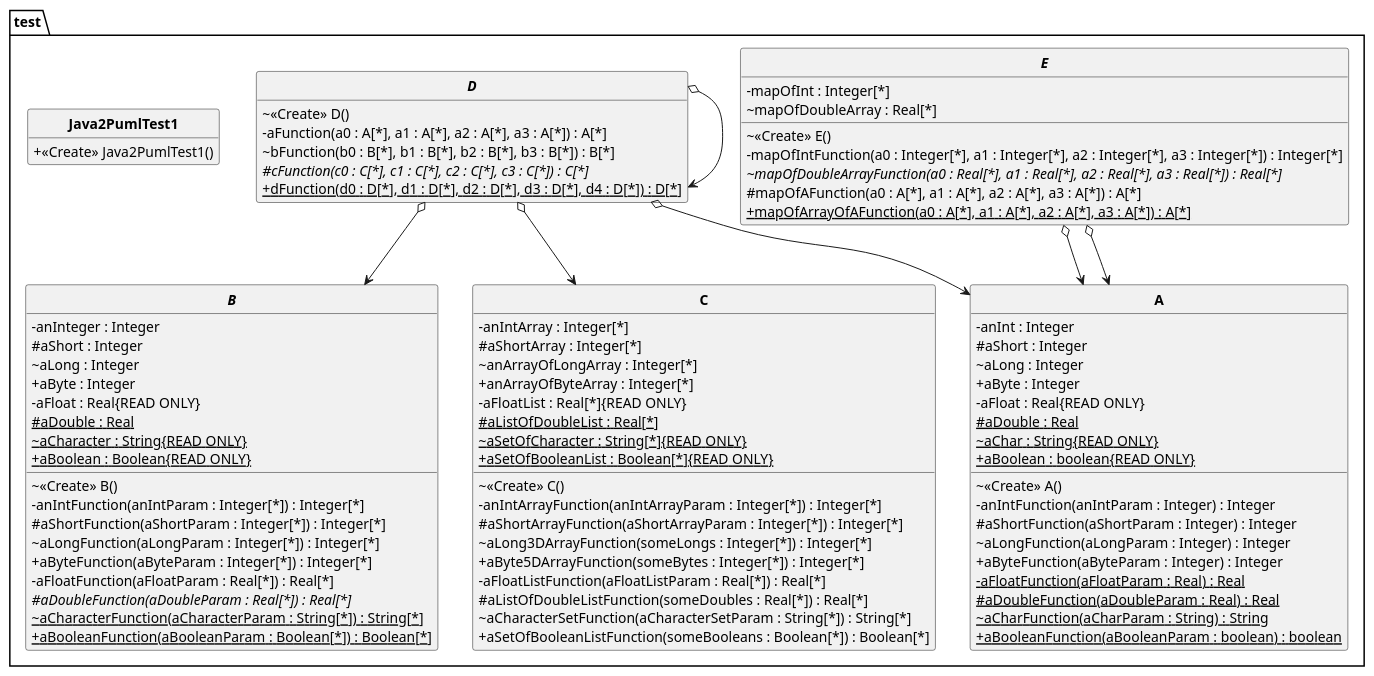
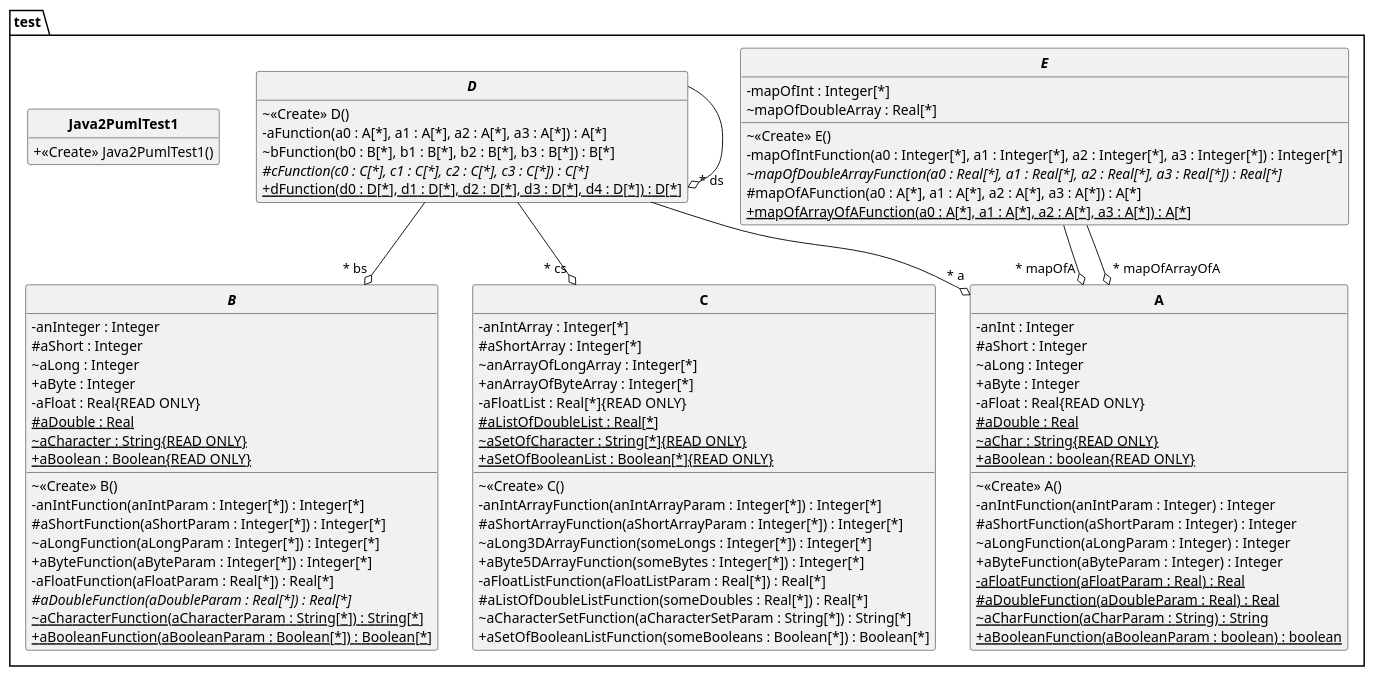
One commit to yassinkioua/Projet-PumlFromJava changed the diagram in uml/testDCA.puml. Above: the diagram before and after it, drawn with PlantUML. The commit also changed 3 other files, not shown here.

```diff
--- a/uml/testDCA.puml
+++ b/uml/testDCA.puml
@@ -1,97 +1,97 @@
 @startuml
 'https://plantuml.com/class-diagram 
  skinparam classAttributeIconSize 0 
 skinparam classFontStyle Bold
 skinparam style strictuml
 hide empty members
 package test{
 abstract class B{ 
 ~ <<Create>> B()
 - anInteger : Integer
 # aShort : Integer
 ~ aLong : Integer
 + aByte : Integer
 - aFloat : Real{READ ONLY}
 # {static} aDouble : Real
 ~ {static} aCharacter : String{READ ONLY}
 + {static} aBoolean : Boolean{READ ONLY}
 - anIntFunction(anIntParam : Integer[*]) : Integer[*]
 # aShortFunction(aShortParam : Integer[*]) : Integer[*]
 ~ aLongFunction(aLongParam : Integer[*]) : Integer[*]
 + aByteFunction(aByteParam : Integer[*]) : Integer[*]
 - aFloatFunction(aFloatParam : Real[*]) : Real[*]
 # {abstract} aDoubleFunction(aDoubleParam : Real[*]) : Real[*]
 ~ {static} aCharacterFunction(aCharacterParam : String[*]) : String[*]
 + {static} aBooleanFunction(aBooleanParam : Boolean[*]) : Boolean[*]
 
  } 
 class A{ 
 ~ <<Create>> A()
 - anInt : Integer
 # aShort : Integer
 ~ aLong : Integer
 + aByte : Integer
 - aFloat : Real{READ ONLY}
 # {static} aDouble : Real
 ~ {static} aChar : String{READ ONLY}
 + {static} aBoolean : boolean{READ ONLY}
 - anIntFunction(anIntParam : Integer) : Integer
 # aShortFunction(aShortParam : Integer) : Integer
 ~ aLongFunction(aLongParam : Integer) : Integer
 + aByteFunction(aByteParam : Integer) : Integer
 - {static} aFloatFunction(aFloatParam : Real) : Real
 # {static} aDoubleFunction(aDoubleParam : Real) : Real
 ~ {static} aCharFunction(aCharParam : String) : String
 + {static} aBooleanFunction(aBooleanParam : boolean) : boolean
 
  } 
 abstract class E{ 
 ~ <<Create>> E()
 - mapOfInt : Integer[*]
 ~ mapOfDoubleArray : Real[*]
 - mapOfIntFunction(a0 : Integer[*], a1 : Integer[*], a2 : Integer[*], a3 : Integer[*]) : Integer[*]
 ~ {abstract} mapOfDoubleArrayFunction(a0 : Real[*], a1 : Real[*], a2 : Real[*], a3 : Real[*]) : Real[*]
 # mapOfAFunction(a0 : A[*], a1 : A[*], a2 : A[*], a3 : A[*]) : A[*]
 + {static} mapOfArrayOfAFunction(a0 : A[*], a1 : A[*], a2 : A[*], a3 : A[*]) : A[*]
 
  } 
 class C{ 
 ~ <<Create>> C()
 - anIntArray : Integer[*]
 # aShortArray : Integer[*]
 ~ anArrayOfLongArray : Integer[*]
 + anArrayOfByteArray : Integer[*]
 - aFloatList : Real[*]{READ ONLY}
 # {static} aListOfDoubleList : Real[*]
 ~ {static} aSetOfCharacter : String[*]{READ ONLY}
 + {static} aSetOfBooleanList : Boolean[*]{READ ONLY}
 - anIntArrayFunction(anIntArrayParam : Integer[*]) : Integer[*]
 # aShortArrayFunction(aShortArrayParam : Integer[*]) : Integer[*]
 ~ aLong3DArrayFunction(someLongs : Integer[*]) : Integer[*]
 + aByte5DArrayFunction(someBytes : Integer[*]) : Integer[*]
 - aFloatListFunction(aFloatListParam : Real[*]) : Real[*]
 # aListOfDoubleListFunction(someDoubles : Real[*]) : Real[*]
 ~ aCharacterSetFunction(aCharacterSetParam : String[*]) : String[*]
 + aSetOfBooleanListFunction(someBooleans : Boolean[*]) : Boolean[*]
 
  } 
 abstract class D{ 
 ~ <<Create>> D()
 - aFunction(a0 : A[*], a1 : A[*], a2 : A[*], a3 : A[*]) : A[*]
 ~ bFunction(b0 : B[*], b1 : B[*], b2 : B[*], b3 : B[*]) : B[*]
 # {abstract} cFunction(c0 : C[*], c1 : C[*], c2 : C[*], c3 : C[*]) : C[*]
 + {static} dFunction(d0 : D[*], d1 : D[*], d2 : D[*], d3 : D[*], d4 : D[*]) : D[*]
 
  } 
 class Java2PumlTest1{ 
 + <<Create>> Java2PumlTest1()
 
  } 
-E o--> A
-E o--> A
-D o--> A
-D o--> B
-D o--> C
-D o--> D
+E --o " * mapOfA "A
+E --o " * mapOfArrayOfA "A
+D --o " * a "A
+D --o " * bs "B
+D --o " * cs "C
+D --o " * ds "D
 }
 @enduml
```
